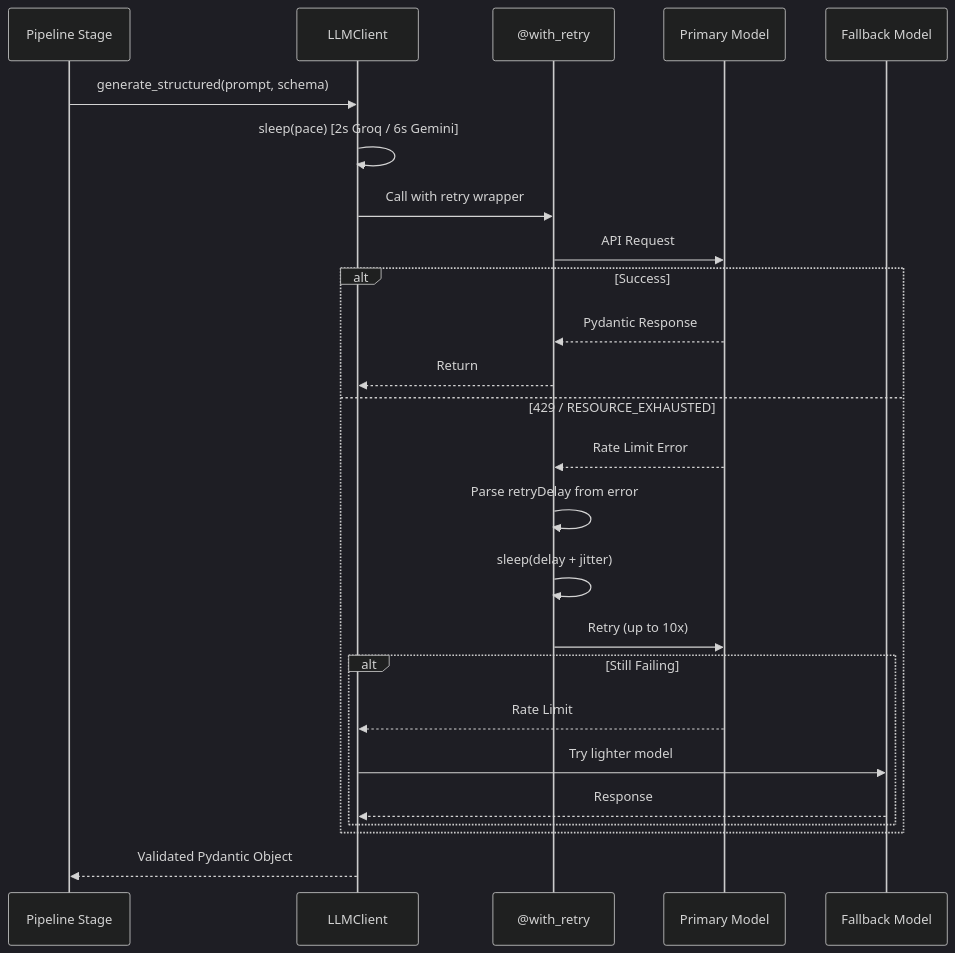
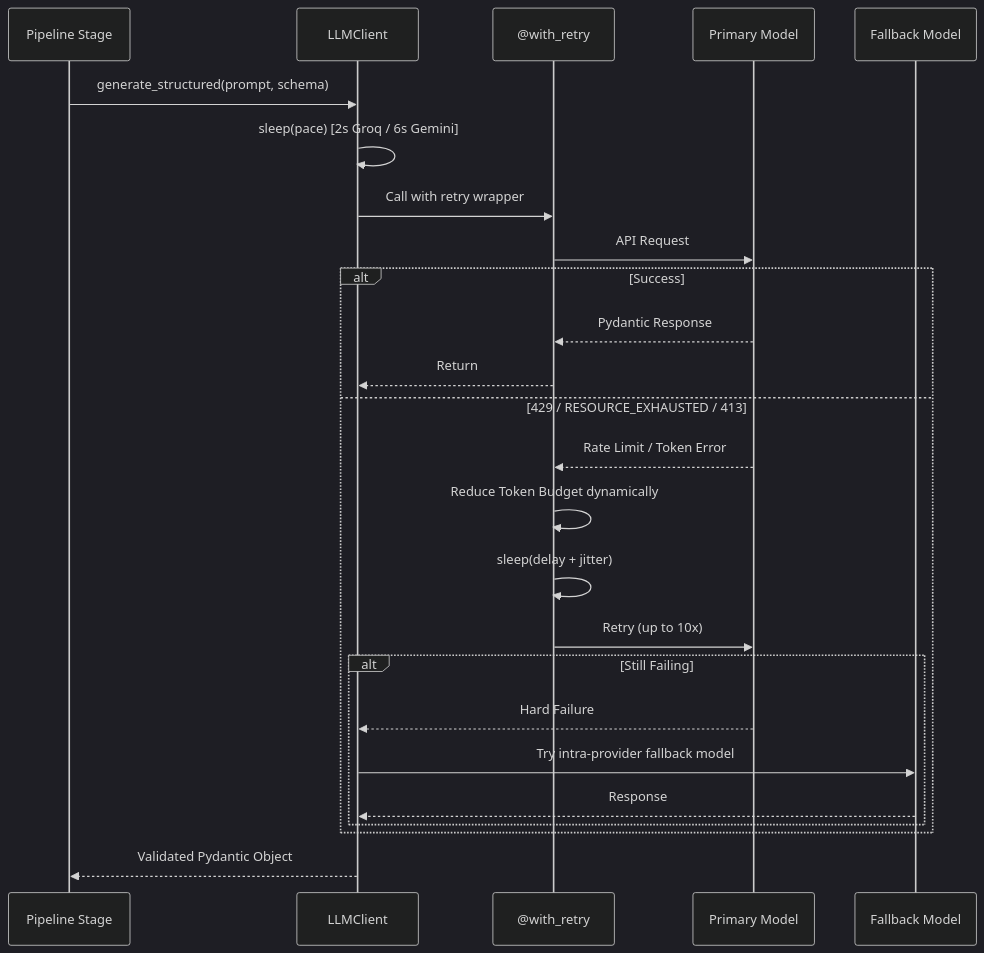
One commit to EhsaasBhalla/IIT-Mandi changed the fourth of 6 diagrams in DESIGN_DOCUMENT.md. Above: the diagram before and after it, drawn with Mermaid (dark theme). The commit also changed other lines of this file, not shown here.

````diff
--- a/DESIGN_DOCUMENT.md
+++ b/DESIGN_DOCUMENT.md
@@ -337,31 +352,31 @@
 ```mermaid
 sequenceDiagram
     participant Stage as Pipeline Stage
     participant Client as LLMClient
     participant Retry as @with_retry
     participant Primary as Primary Model
     participant Fallback as Fallback Model
 
     Stage->>Client: generate_structured(prompt, schema)
     Client->>Client: sleep(pace) [2s Groq / 6s Gemini]
     Client->>Retry: Call with retry wrapper
     Retry->>Primary: API Request
     
     alt Success
         Primary-->>Retry: Pydantic Response
         Retry-->>Client: Return
-    else 429 / RESOURCE_EXHAUSTED
-        Primary-->>Retry: Rate Limit Error
-        Retry->>Retry: Parse retryDelay from error
+    else 429 / RESOURCE_EXHAUSTED / 413
+        Primary-->>Retry: Rate Limit / Token Error
+        Retry->>Retry: Reduce Token Budget dynamically
         Retry->>Retry: sleep(delay + jitter)
         Retry->>Primary: Retry (up to 10x)
         
         alt Still Failing
-            Primary-->>Client: Rate Limit
-            Client->>Fallback: Try lighter model
+            Primary-->>Client: Hard Failure
+            Client->>Fallback: Try intra-provider fallback model
             Fallback-->>Client: Response
         end
     end
 
     Client-->>Stage: Validated Pydantic Object
 ```
````
